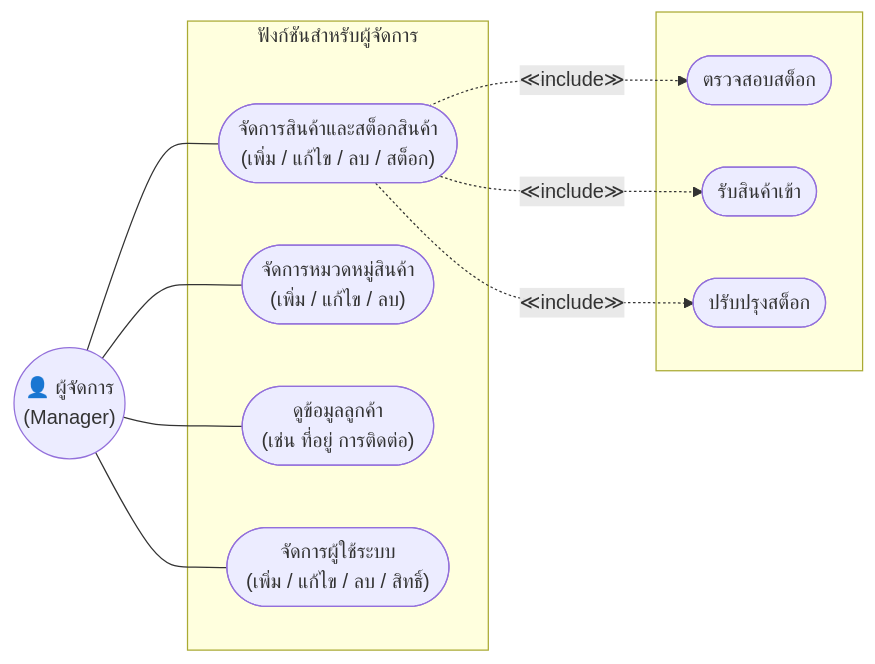
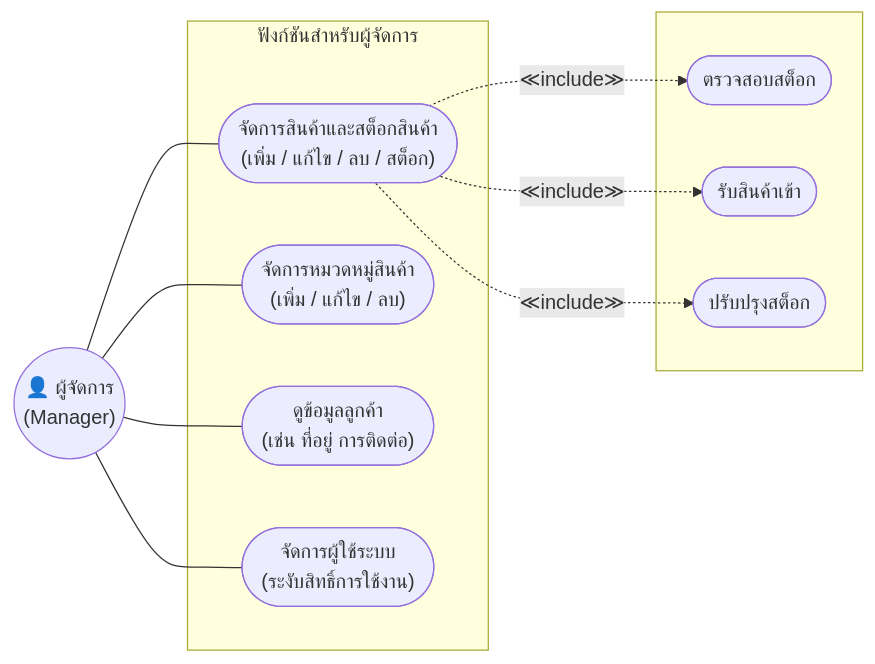
The third of 8 diagrams in README.md (ArGusmumumimi/PC-Center-), drawn with Mermaid before and after one commit. The commit also changed other lines of this file, not shown here.

````diff
--- a/README.md
+++ b/README.md
@@ -241,26 +241,26 @@
 ```mermaid
 flowchart LR
     Manager(("👤 ผู้จัดการ\n(Manager)"))
 
     subgraph OnlineStore_Manager["ฟังก์ชันสำหรับผู้จัดการ"]
         UM1(["จัดการสินค้าและสต็อกสินค้า\n(เพิ่ม / แก้ไข / ลบ / สต็อก)"])
         UM2(["จัดการหมวดหมู่สินค้า\n(เพิ่ม / แก้ไข / ลบ)"])
         UM4(["ดูข้อมูลลูกค้า\n(เช่น ที่อยู่ การติดต่อ)"])
-        UM5(["จัดการผู้ใช้ระบบ\n(เพิ่ม / แก้ไข / ลบ / สิทธิ์)"])
+        UM5(["จัดการผู้ใช้ระบบ\n(ระงับสิทธิ์การใช้งาน)"])
     end
 
     subgraph include_stock[" "]
         UM1I1([ตรวจสอบสต็อก])
         UM1I2([รับสินค้าเข้า])
         UM1I3([ปรับปรุงสต็อก])
     end
 
     Manager --- UM1
     Manager --- UM2
     Manager --- UM4
     Manager --- UM5
 
     UM1 -. "≪include≫" .-> UM1I1
     UM1 -. "≪include≫" .-> UM1I2
     UM1 -. "≪include≫" .-> UM1I3
 ```
````
